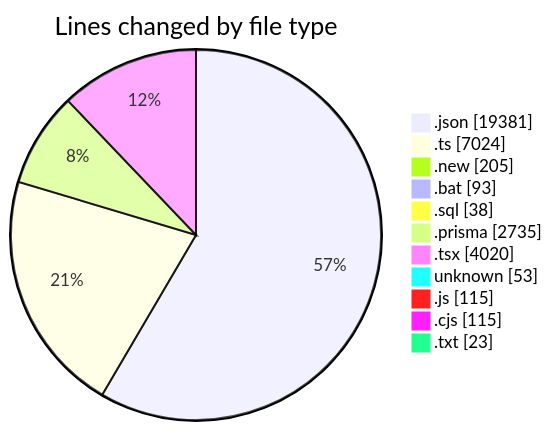
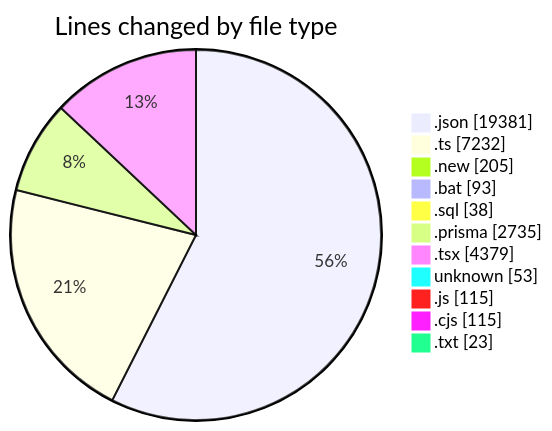
The first of 2 diagrams in 2025-05-20/ecodeli-1/README.md (CELIANVF/code-tracking), drawn with Mermaid before and after one commit. The commit also changed other lines of this file and 1 other file, not shown here.

````diff
--- a/2025-05-20/ecodeli-1/README.md
+++ b/2025-05-20/ecodeli-1/README.md
@@ -77,15 +82,15 @@
 ```mermaid
 pie showData
 title Lines changed by file type
 ".json" : 19381
-".ts" : 7024
+".ts" : 7232
 ".new" : 205
 ".bat" : 93
 ".sql" : 38
 ".prisma" : 2735
-".tsx" : 4020
+".tsx" : 4379
 "unknown" : 53
 ".js" : 115
 ".cjs" : 115
 ".txt" : 23
 ```
````
